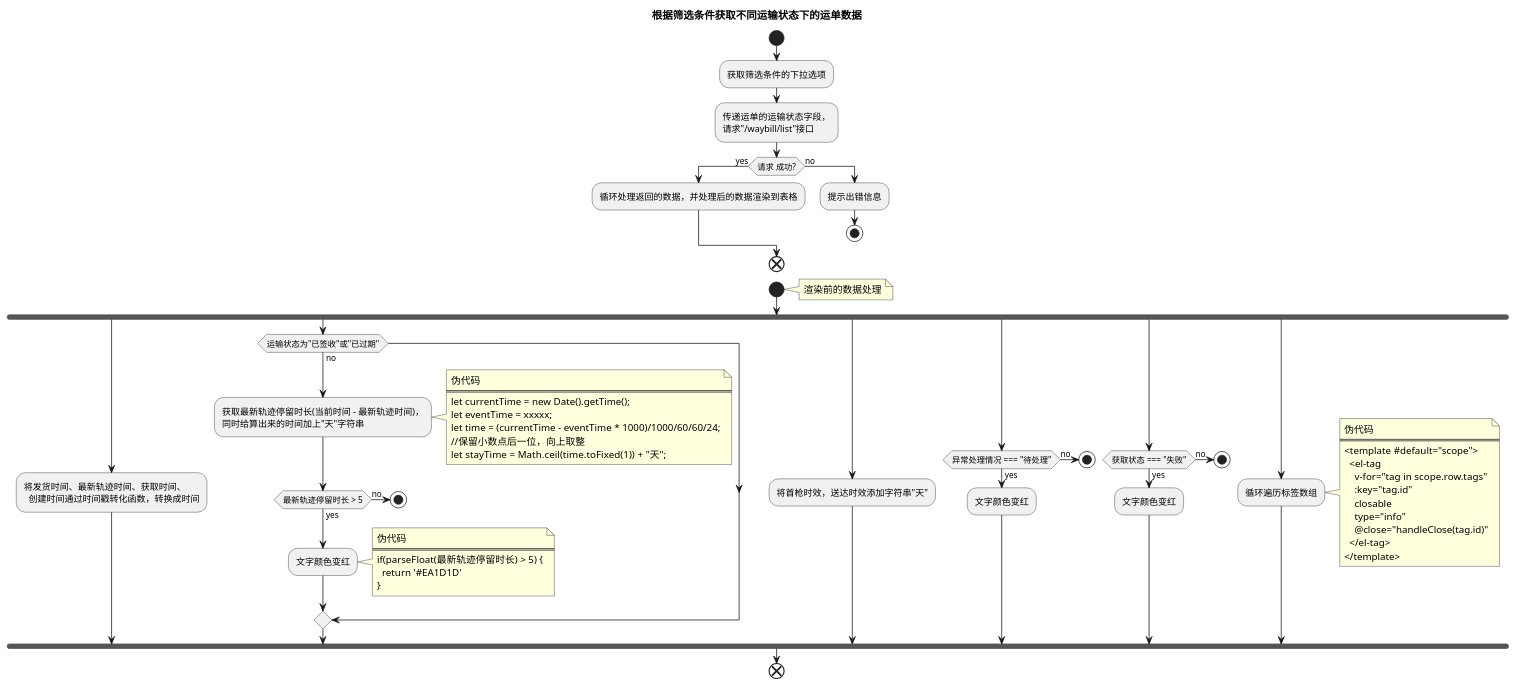
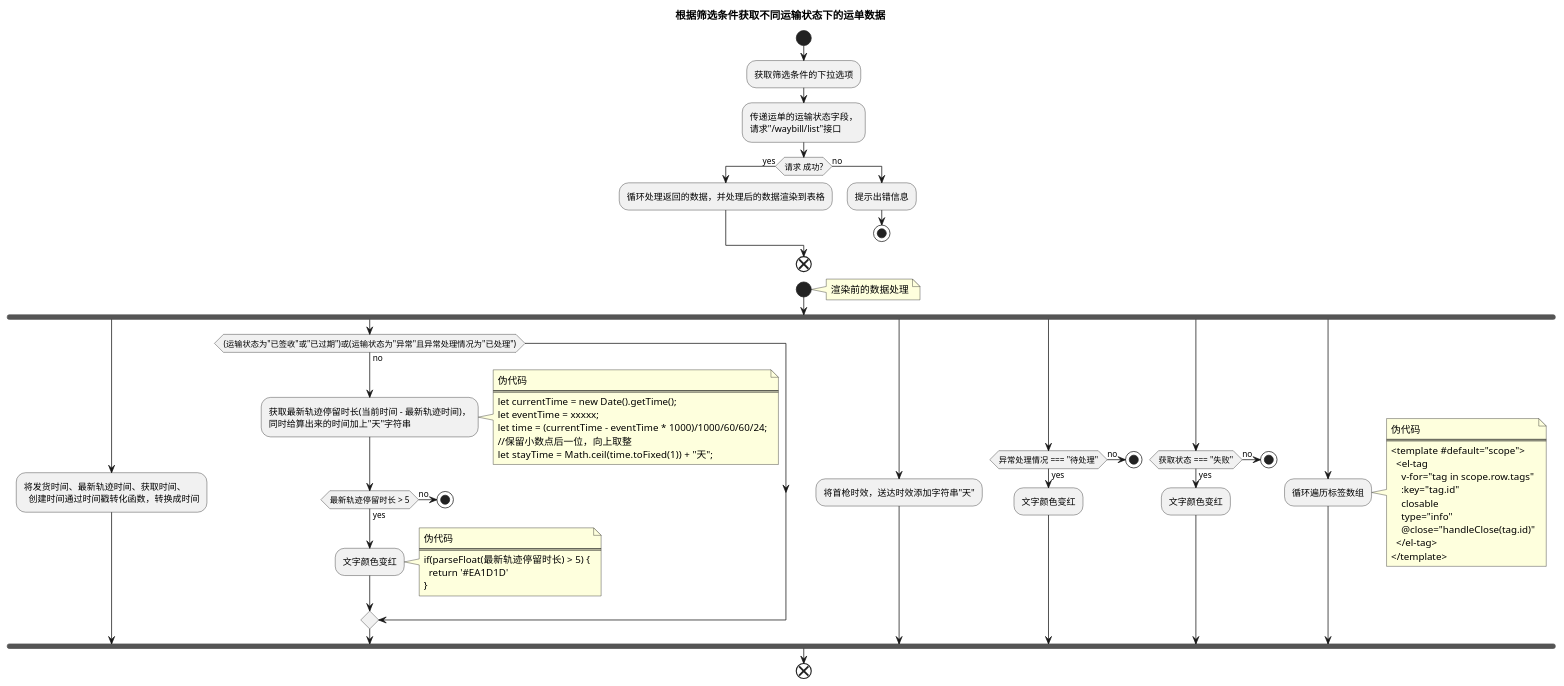
One commit to futurekidult/lis changed the first of 4 diagrams in docs/development-flow-diagram.puml/logistics-list/get-list.puml. Above: the diagram before and after it, drawn with PlantUML. The commit also changed 5 other files, not shown here.

```diff
--- a/docs/development-flow-diagram.puml/logistics-list/get-list.puml
+++ b/docs/development-flow-diagram.puml/logistics-list/get-list.puml
@@ -1,81 +1,81 @@
 @startuml
 title 根据筛选条件获取不同运输状态下的运单数据
 
 start
 :获取筛选条件的下拉选项;
 :传递运单的运输状态字段，
 请求"/waybill/list"接口;
 if(请求 成功?) then (yes)
   :循环处理返回的数据，并处理后的数据渲染到表格;
 else (no)
   :提示出错信息;
   stop
 endif
 end
 
 start
 note right
   渲染前的数据处理
 end note
 fork
   :将发货时间、最新轨迹时间、获取时间、
     创建时间通过时间戳转化函数，转换成时间;
 fork again
-  if(运输状态为"已签收"或"已过期") then (no) 
+  if((运输状态为"已签收"或"已过期")或(运输状态为"异常"且异常处理情况为"已处理")) then (no) 
     :获取最新轨迹停留时长(当前时间 - 最新轨迹时间)，
     同时给算出来的时间加上"天"字符串;
     note right
       伪代码
       ====
       let currentTime = new Date().getTime();
       let eventTime = xxxxx;
       let time = (currentTime - eventTime * 1000)/1000/60/60/24;
       //保留小数点后一位，向上取整
       let  stayTime = Math.ceil(time.toFixed(1)) + "天";
     end note
      if(最新轨迹停留时长 > 5) then (yes)
     :文字颜色变红;
     note right
       伪代码
       ====
       if(parseFloat(最新轨迹停留时长) > 5) {
         return '#EA1D1D'
       }
     end note
   else (no)
     stop
   endif
   endif
 fork again
   :将首枪时效，送达时效添加字符串"天";
 fork again
   if(异常处理情况 === "待处理") then (yes)
     :文字颜色变红;
   else (no)
     stop
   endif
 fork again
   if(获取状态 === "失败") then (yes)
     :文字颜色变红;
   else (no)
     stop
   endif
 fork again
   :循环遍历标签数组;
   note right
     伪代码
     ====
     <template #default="scope">
       <el-tag 
         v-for="tag in scope.row.tags"
         :key="tag.id"
         closable
         type="info"
         @close="handleClose(tag.id)"
       </el-tag>
     </template>
   end note
 end fork
 end
 
 @enduml
```
